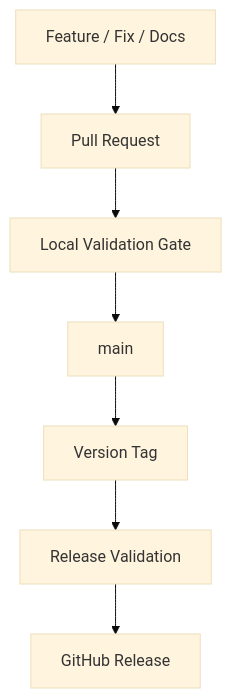
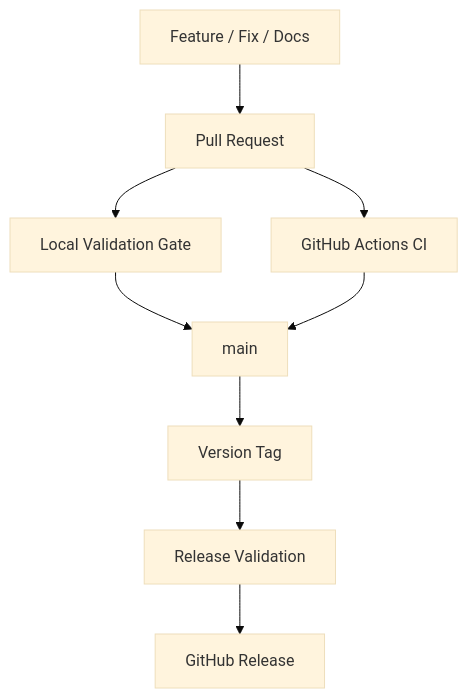
Before and after one commit to eaglesjo/AIEngineeringStandard: the diagram in README.md, drawn with Mermaid (base theme). The commit also changed other lines of this file and 10 other files, not shown here.

First line of the commit message:
feat: add repository execution and GitHub Actions CI

````diff
--- a/README.md
+++ b/README.md
@@ -23,9 +23,11 @@
 ```mermaid
 flowchart TD
     A[Feature / Fix / Docs] --> B[Pull Request]
     B --> C[Local Validation Gate]
-    C --> D[main]
-    D --> E[Version Tag]
-    E --> F[Release Validation]
-    F --> G[GitHub Release]
+    B --> D[GitHub Actions CI]
+    C --> E[main]
+    D --> E
+    E --> F[Version Tag]
+    F --> G[Release Validation]
+    G --> H[GitHub Release]
 ```
````
